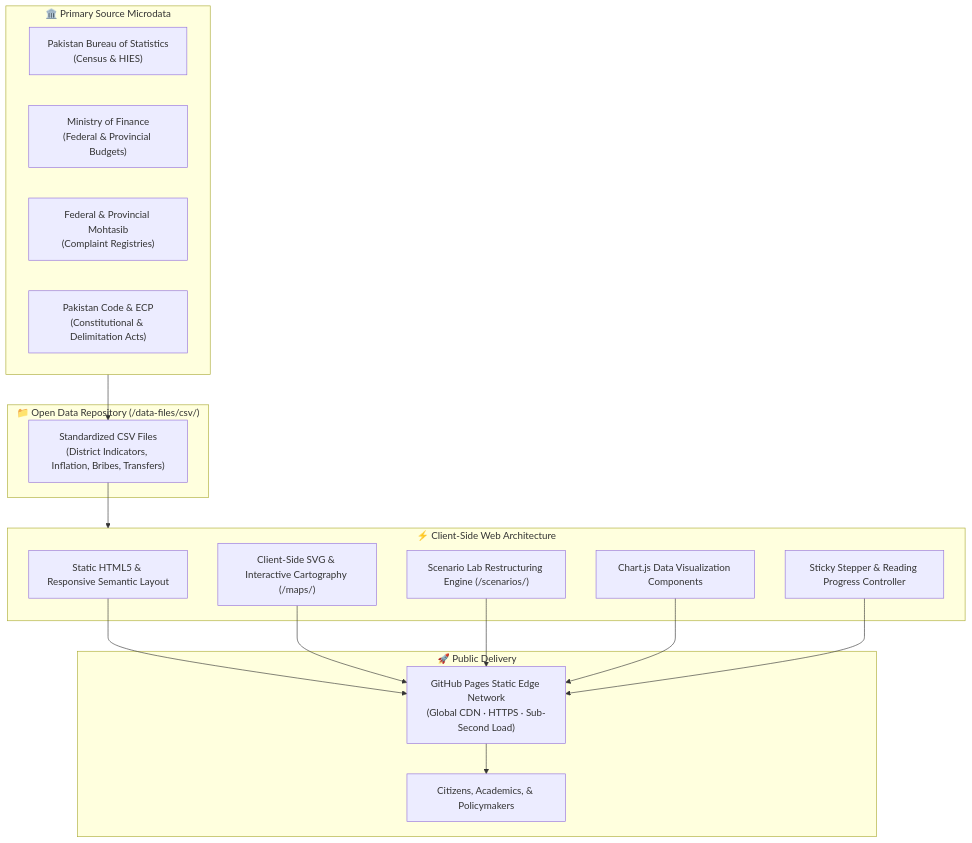
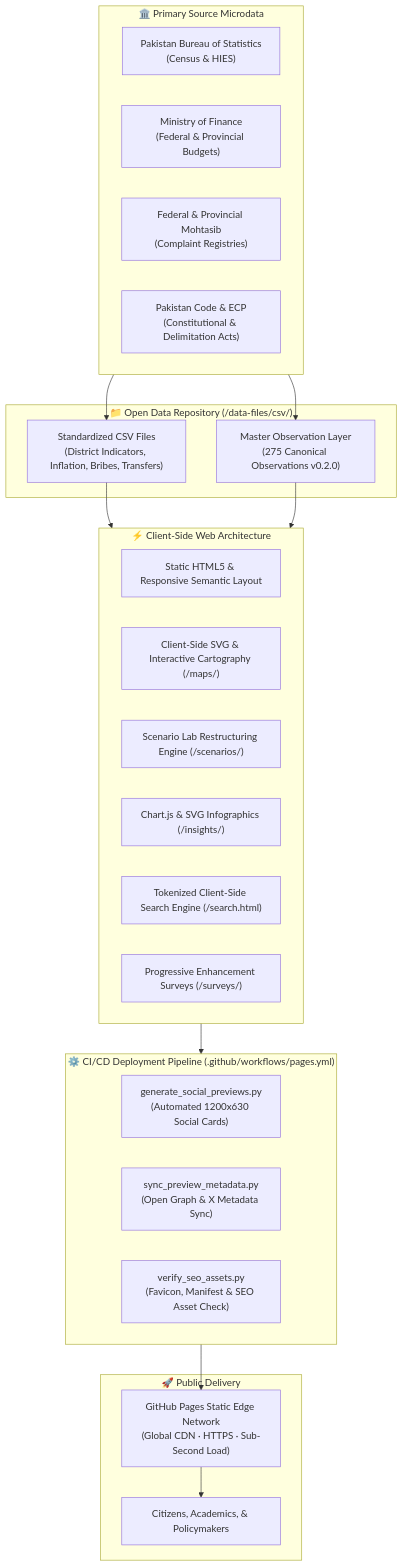
The diagram in README.md (ppripakistan/ppripakistan.github.io), drawn with Mermaid before and after one commit. The commit also changed other lines of this file and 263 other files, not shown here.

````diff
--- a/README.md
+++ b/README.md
@@ -186,35 +207,42 @@
 ```mermaid
 flowchart TD
     subgraph Sources["🏛️ Primary Source Microdata"]
         PBS["Pakistan Bureau of Statistics<br>(Census & HIES)"]
         MoF["Ministry of Finance<br>(Federal & Provincial Budgets)"]
         Ombudsman["Federal & Provincial Mohtasib<br>(Complaint Registries)"]
         Law["Pakistan Code & ECP<br>(Constitutional & Delimitation Acts)"]
     end
 
     subgraph DataLayer["📁 Open Data Repository (/data-files/csv/)"]
         CSV["Standardized CSV Files<br>(District Indicators, Inflation, Bribes, Transfers)"]
+        OBS["Master Observation Layer<br>(275 Canonical Observations v0.2.0)"]
     end
 
     subgraph Engines["⚡ Client-Side Web Architecture"]
         UI["Static HTML5 & Responsive Semantic Layout"]
         GIS["Client-Side SVG & Interactive Cartography (/maps/)"]
         SIM["Scenario Lab Restructuring Engine (/scenarios/)"]
-        CHARTS["Chart.js Data Visualization Components"]
-        TOC["Sticky Stepper & Reading Progress Controller"]
+        CHARTS["Chart.js & SVG Infographics (/insights/)"]
+        SEARCH["Tokenized Client-Side Search Engine (/search.html)"]
+        SURV["Progressive Enhancement Surveys (/surveys/)"]
+    end
+
+    subgraph CICD["⚙️ CI/CD Deployment Pipeline (.github/workflows/pages.yml)"]
+        PREV["generate_social_previews.py<br>(Automated 1200x630 Social Cards)"]
+        SYNC["sync_preview_metadata.py<br>(Open Graph & X Metadata Sync)"]
+        VERIFY["verify_seo_assets.py<br>(Favicon, Manifest & SEO Asset Check)"]
     end
 
     subgraph Delivery["🚀 Public Delivery"]
         GH["GitHub Pages Static Edge Network<br>(Global CDN · HTTPS · Sub-Second Load)"]
         CITIZEN["Citizens, Academics, & Policymakers"]
     end
 
     Sources --> CSV
+    Sources --> OBS
     CSV --> Engines
-    UI --> GH
-    GIS --> GH
-    SIM --> GH
-    CHARTS --> GH
-    TOC --> GH
+    OBS --> Engines
+    Engines --> CICD
+    CICD --> GH
     GH --> CITIZEN
 ```
````
